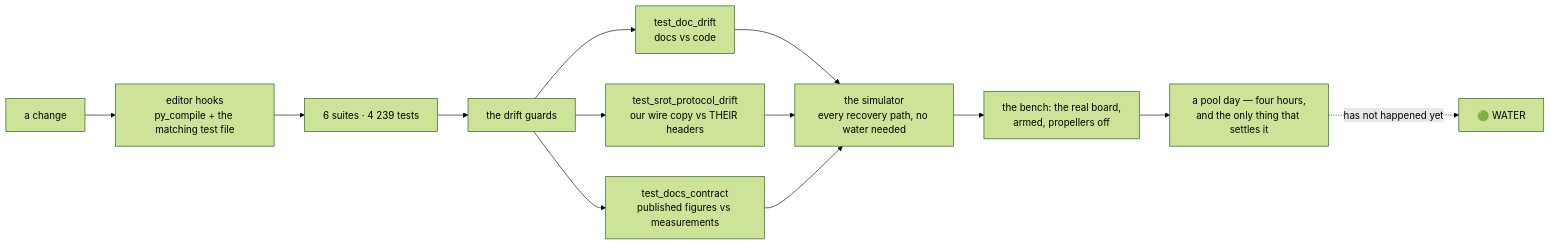
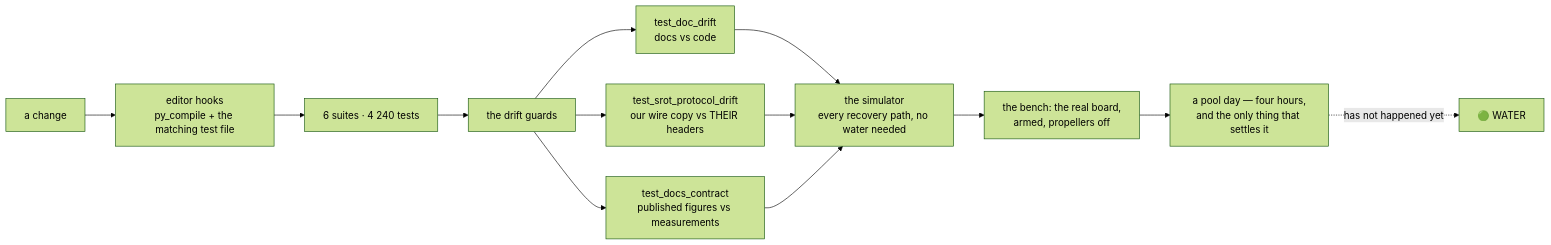
One commit to fh1m/mongla_ws changed the ninth of 10 diagrams in README.md. Above: the diagram before and after it, drawn with Mermaid (forest theme). The commit also changed other lines of this file and 5 other files, not shown here.

````diff
--- a/README.md
+++ b/README.md
@@ -752,15 +752,15 @@
 ```mermaid
 flowchart LR
     DEV["a change"] --> HOOK["editor hooks<br/>py_compile + the matching test file"]
-    HOOK --> UNIT["6 suites · 4 239 tests"]
+    HOOK --> UNIT["6 suites · 4 240 tests"]
     UNIT --> GUARD["the drift guards"]
     GUARD --> G1["test_doc_drift<br/>docs vs code"]
     GUARD --> G2["test_srot_protocol_drift<br/>our wire copy vs THEIR headers"]
     GUARD --> G3["test_docs_contract<br/>published figures vs measurements"]
     G1 --> SIM["the simulator<br/>every recovery path, no water needed"]
     G2 --> SIM
     G3 --> SIM
     SIM --> BENCH["the bench: the real board,<br/>armed, propellers off"]
     BENCH --> POOL["a pool day — four hours,<br/>and the only thing that settles it"]
     POOL -.->|"has not happened yet"| WATER["🟢 WATER"]
 ```
````
